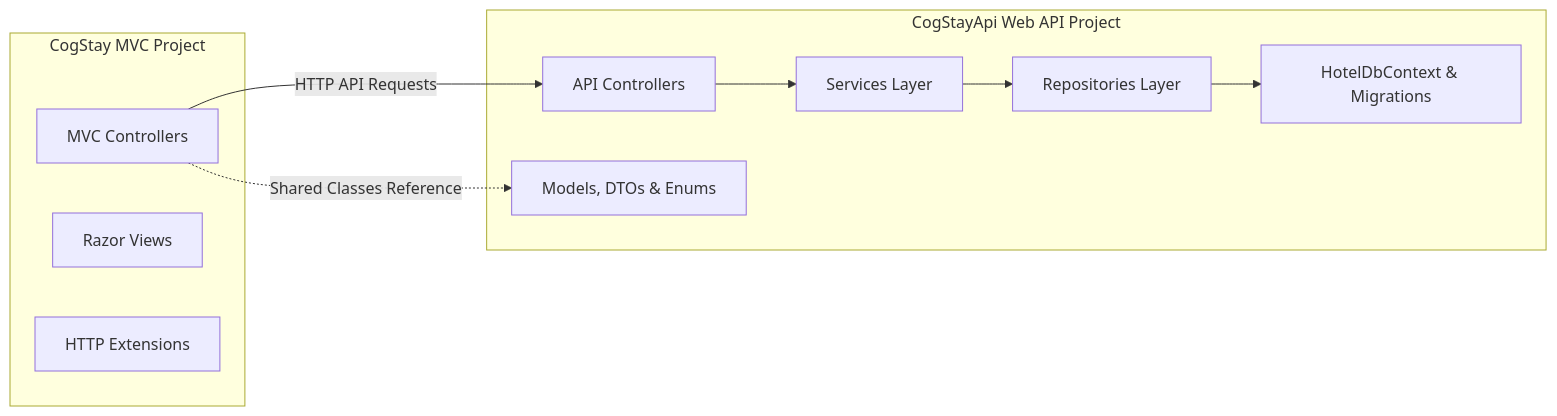
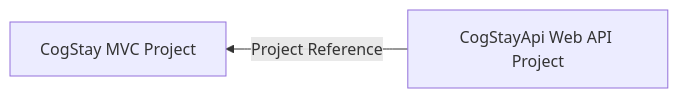
One commit to Ritesh-SK/Cogstay changed the second of 2 diagrams in Documentation/Architecture.md. Above: the diagram before and after it, drawn with Mermaid. The commit also changed other lines of this file and 53 other files, not shown here.

````diff
--- a/Documentation/Architecture.md
+++ b/Documentation/Architecture.md
@@ -56,22 +28,4 @@
 ```mermaid
-graph LR
-    subgraph CogStay [CogStay MVC Project]
-        Controllers[MVC Controllers]
-        Views[Razor Views]
-        Extensions[HTTP Extensions]
-    end
-
-    subgraph CogStayApi [CogStayApi Web API Project]
-        ApiControllers[API Controllers]
-        Services[Services Layer]
-        Repos[Repositories Layer]
-        Data[HotelDbContext & Migrations]
-        DTOs[Models, DTOs & Enums]
-    end
-
-    Controllers -.->|Shared Classes Reference| DTOs
-    Controllers -->|HTTP API Requests| ApiControllers
-    ApiControllers --> Services
-    Services --> Repos
-    Repos --> Data
+graph RL
+    CogStayApi[CogStayApi Web API Project] -->|Project Reference| CogStay[CogStay MVC Project]
 ```
````
